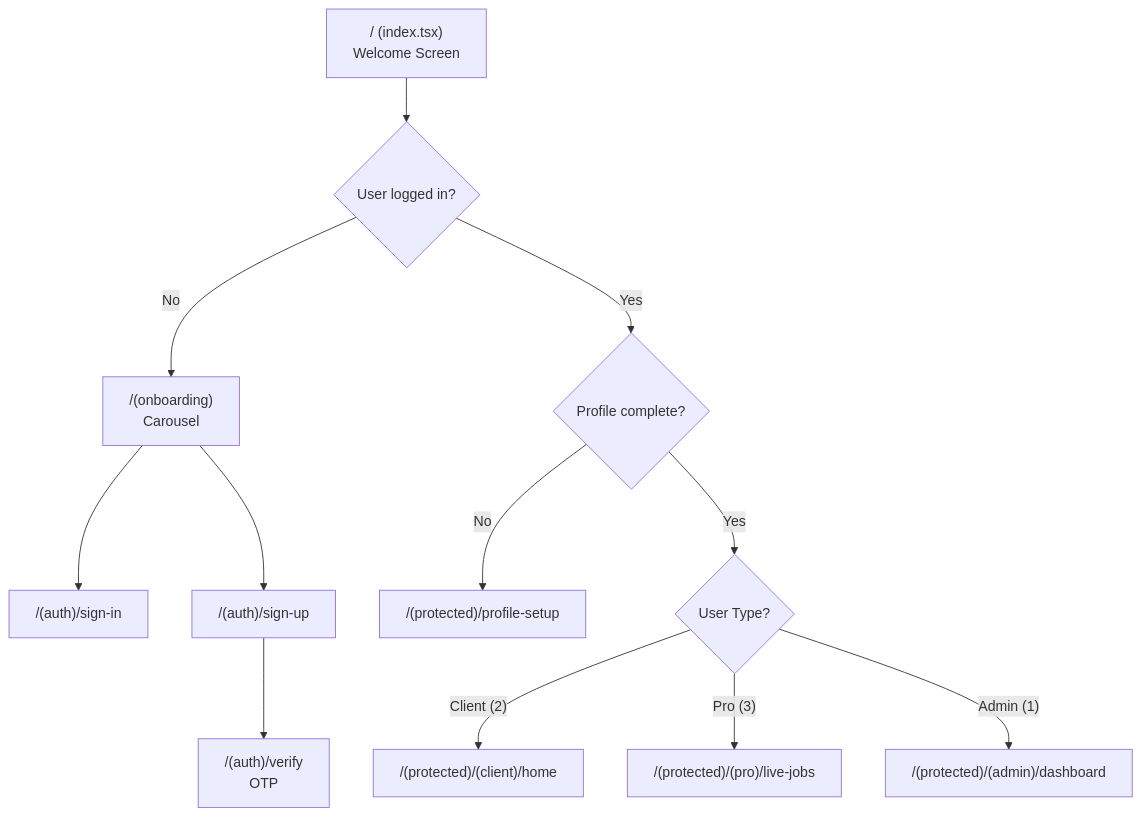
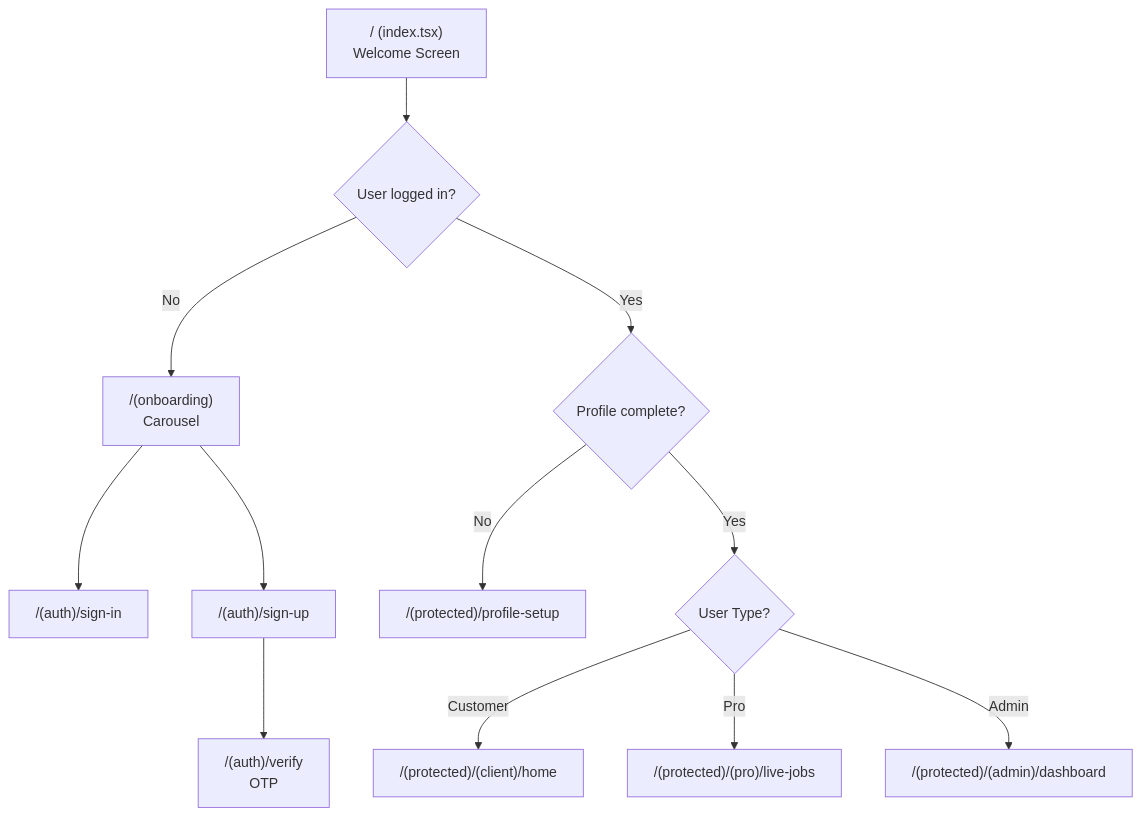
The first of 2 diagrams in README.md (Shawaiz788/HAAN), drawn with Mermaid before and after one commit. The commit also changed other lines of this file and 1 other file, not shown here.

````diff
--- a/README.md
+++ b/README.md
@@ -333,14 +142,14 @@
 ```mermaid
 graph TD
     A["/ (index.tsx)<br/>Welcome Screen"] --> B{"User logged in?"}
     B -->|No| C["/(onboarding)<br/>Carousel"]
     C --> D["/(auth)/sign-in"]
     C --> E["/(auth)/sign-up"]
     E --> F["/(auth)/verify<br/>OTP"]
     B -->|Yes| G{"Profile complete?"}
     G -->|No| H["/(protected)/profile-setup"]
     G -->|Yes| I{"User Type?"}
-    I -->|"Client (2)"| J["/(protected)/(client)/home"]
-    I -->|"Pro (3)"| K["/(protected)/(pro)/live-jobs"]
-    I -->|"Admin (1)"| L["/(protected)/(admin)/dashboard"]
+    I -->|"Customer"| J["/(protected)/(client)/home"]
+    I -->|"Pro"| K["/(protected)/(pro)/live-jobs"]
+    I -->|"Admin"| L["/(protected)/(admin)/dashboard"]
 ```
````
